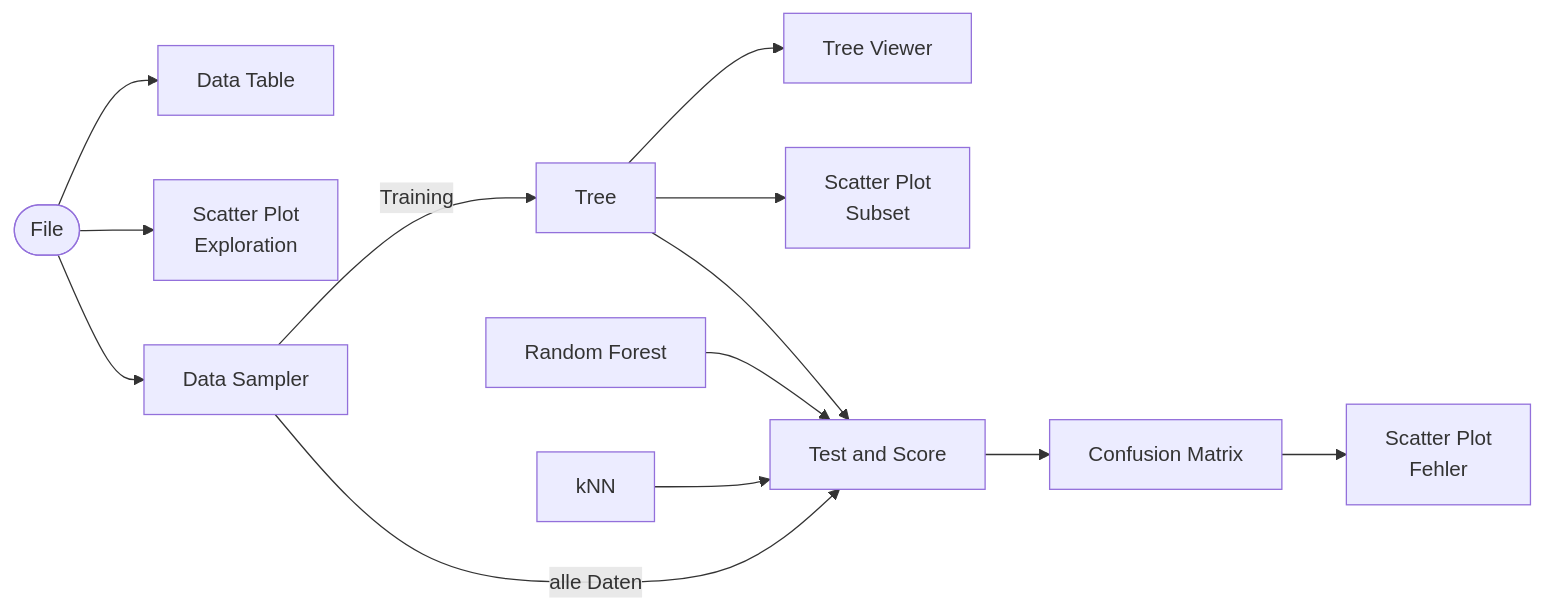
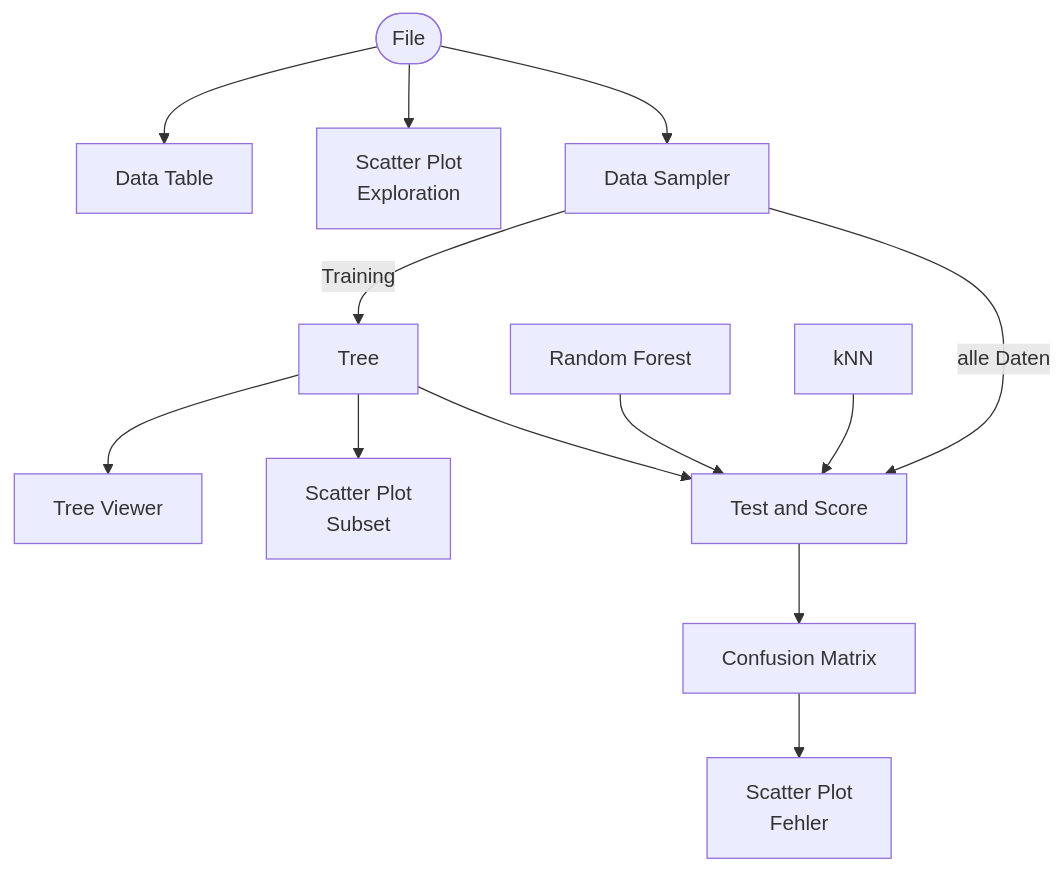
The fourth of 4 diagrams in Wiki/Orange_Klassifikations_Workflow.md (LK-Reichl-F/alp_cisco_akademietag_muenchen_2026), drawn with Mermaid before and after one commit. The commit also changed 13 other files, not shown here.

````diff
--- a/Wiki/Orange_Klassifikations_Workflow.md
+++ b/Wiki/Orange_Klassifikations_Workflow.md
@@ -186,18 +186,18 @@
 ```mermaid
-flowchart LR
+flowchart TD
     File([File]) --> DT[Data Table]
     File --> SPE["Scatter Plot\nExploration"]
     File --> DS[Data Sampler]
 
     DS -->|Training| Tree[Tree]
     Tree --> TV[Tree Viewer]
     Tree --> SPS["Scatter Plot\nSubset"]
 
     DS -->|alle Daten| TaS[Test and Score]
     Tree --> TaS
     RF[Random Forest] --> TaS
     KNN[kNN] --> TaS
 
     TaS --> CM[Confusion Matrix]
     CM --> SPF["Scatter Plot\nFehler"]
 ```
````
